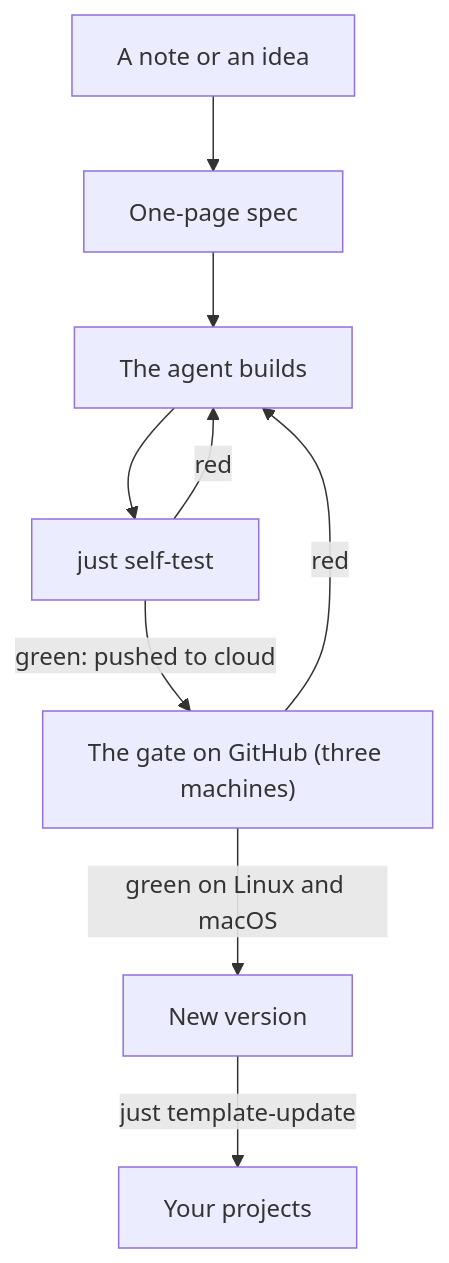
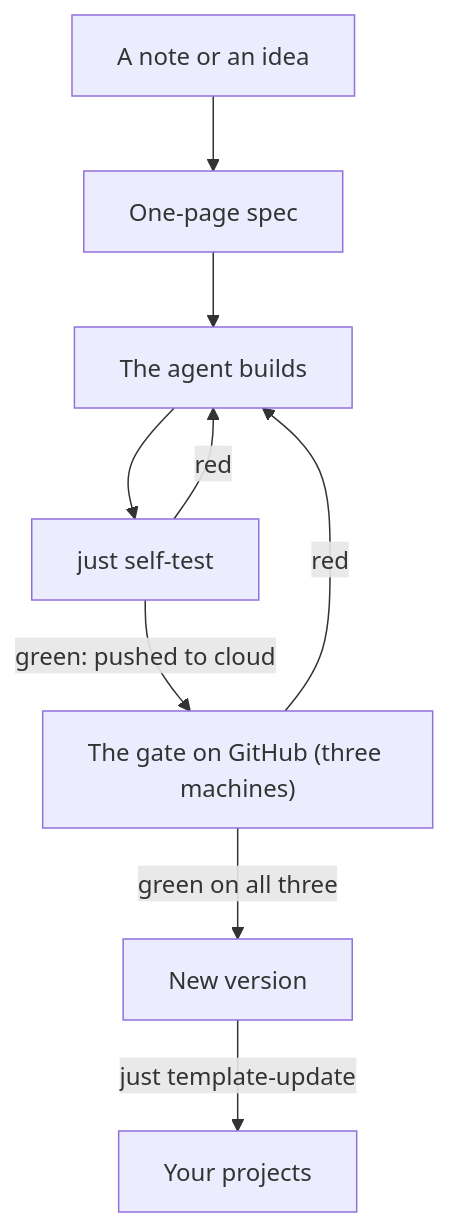
The second of 2 diagrams in docs/how-it-works.md (yerlytech/ai-backbone), drawn with Mermaid before and after one commit. The commit also changed other lines of this file and 4 other files, not shown here.

````diff
--- a/docs/how-it-works.md
+++ b/docs/how-it-works.md
@@ -83,19 +83,19 @@
 ```mermaid
 flowchart TD
     idea["A note or an idea"]
     spec["One-page spec"]
     build["The agent builds"]
     test["just self-test"]
     gate["The gate on GitHub (three machines)"]
     ver["New version"]
     projs["Your projects"]
 
     idea --> spec
     spec --> build
     build --> test
     test -->|"red"| build
     test -->|"green: pushed to cloud"| gate
     gate -->|"red"| build
-    gate -->|"green on Linux and macOS"| ver
+    gate -->|"green on all three"| ver
     ver -->|"just template-update"| projs
 ```
````
